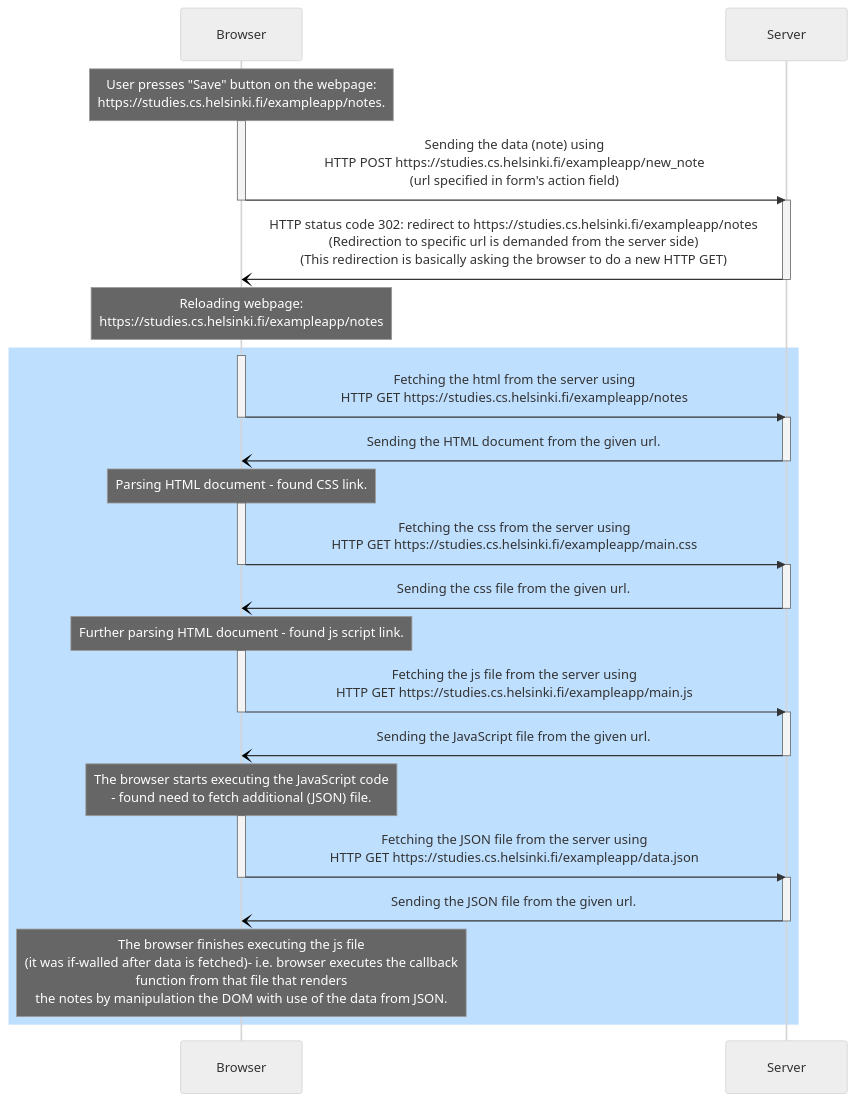
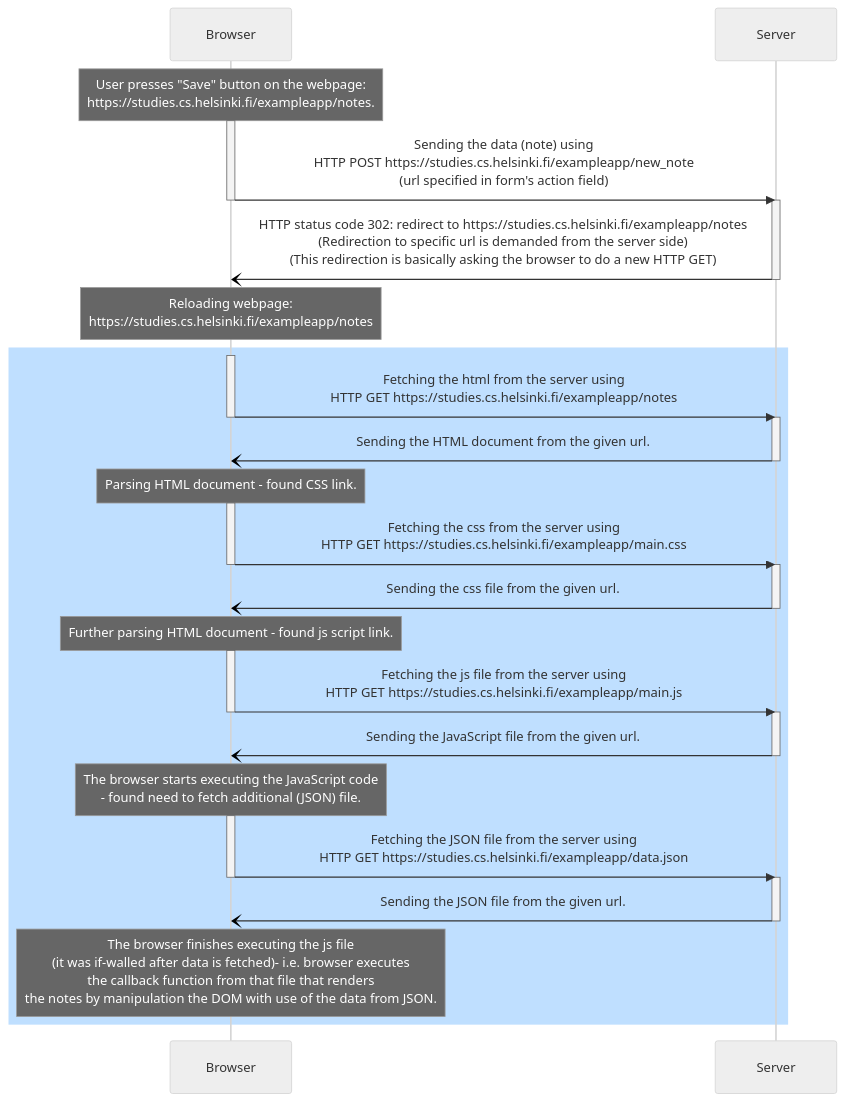
The diagram in part0/excercise0-4.md (szmaragdynia/FullstackLearning), drawn with Mermaid (neutral theme) before and after one commit.

Commit message:
finishing touches

````diff
--- a/part0/excercise0-4.md
+++ b/part0/excercise0-4.md
@@ -1,60 +1,60 @@
 ```mermaid
 
 
 
 sequenceDiagram
     participant b as Browser
     participant s as Server
     
         Note over b: User presses "Save" button on the webpage:<br/>https://studies.cs.helsinki.fi/exampleapp/notes.
     
 
     activate b
         b->>s: Sending the data (note) using <br/> HTTP POST https://studies.cs.helsinki.fi/exampleapp/new_note <br/> (url specified in form's action field) 
     deactivate b
     activate s
         s-)b: HTTP status code 302: redirect to https://studies.cs.helsinki.fi/exampleapp/notes <br/> (Redirection to specific url is demanded from the server side) <br/> (This redirection is basically asking the browser to do a new HTTP GET)
     deactivate s
 
         Note over b: Reloading webpage:<br/> https://studies.cs.helsinki.fi/exampleapp/notes
     
     rect rgb(191, 223, 255)    
 
         activate b
             b->>s: Fetching the html from the server using <br/> HTTP GET https://studies.cs.helsinki.fi/exampleapp/notes
         deactivate b
         activate s
             s-)b: Sending the HTML document from the given url.
         deactivate s
 
             Note over b: Parsing HTML document - found CSS link.
 
         activate b
             b->>s: Fetching the css from the server using <br/> HTTP GET https://studies.cs.helsinki.fi/exampleapp/main.css
         deactivate b
         activate s
             s-)b: Sending the css file from the given url.
         deactivate s
 
             Note over b: Further parsing HTML document - found js script link.
         
         activate b
             b->>s: Fetching the js file from the server using <br/> HTTP GET https://studies.cs.helsinki.fi/exampleapp/main.js
         deactivate b
         activate s
             s-)b: Sending the JavaScript file from the given url.
         deactivate s
 
             Note over b: The browser starts executing the JavaScript code <br/>- found need to fetch additional (JSON) file.
         
         activate b
             b->>s:Fetching the JSON file from the server using <br/> HTTP GET https://studies.cs.helsinki.fi/exampleapp/data.json
         deactivate b
         activate s
             s-)b: Sending the JSON file from the given url.
         deactivate s
 
-            Note over b: The browser finishes executing the js file <br/> (it was if-walled after data is fetched)- i.e. browser executes the callback<br/> function from that file that renders <br/> the notes by manipulation the DOM with use of the data from JSON.
+            Note over b: The browser finishes executing the js file <br/> (it was if-walled after data is fetched)- i.e. browser executes<br/> the callback function from that file that renders <br/> the notes by manipulation the DOM with use of the data from JSON.
     end
     
 ```
````
